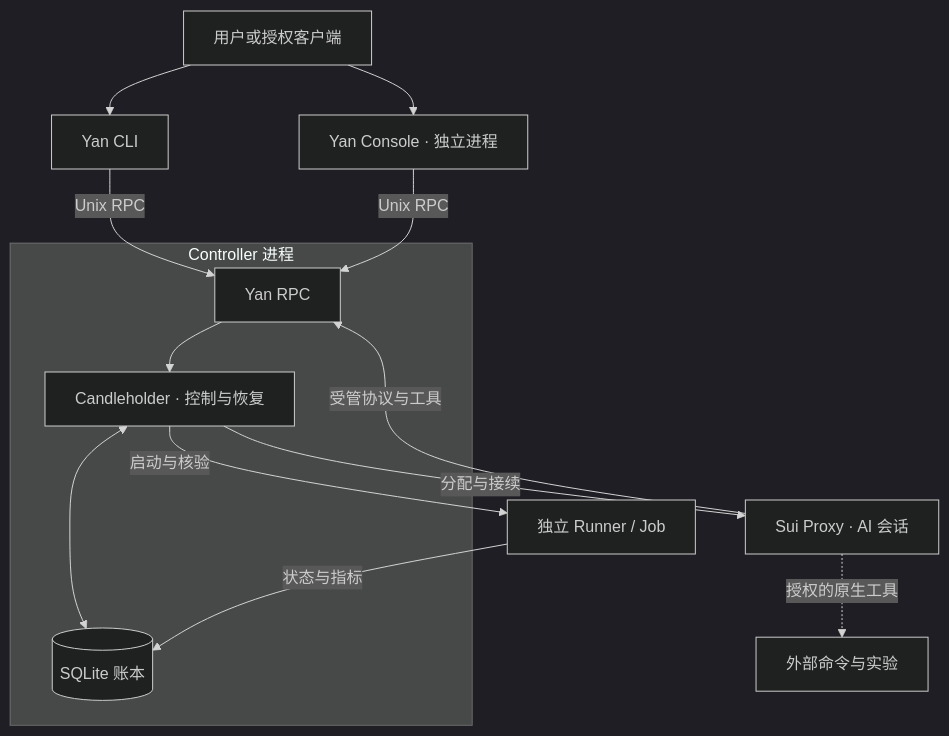
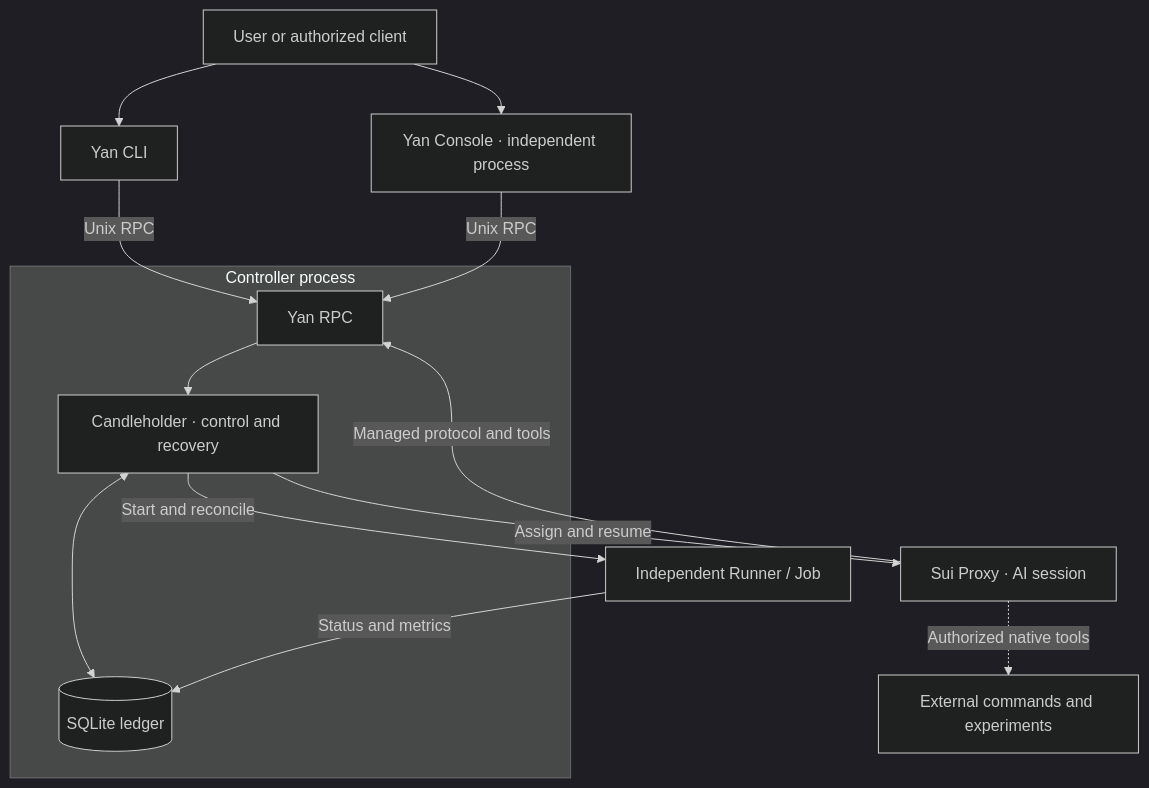
Before and after one commit to RabbitEG/sui_regulator: the diagram in README.md, drawn with Mermaid (dark theme). The commit also changed other lines of this file and 5 other files, not shown here.

````diff
--- a/README.md
+++ b/README.md
@@ -30,16 +32,16 @@
 ```mermaid
 flowchart TD
-    User[用户或授权客户端] --> CLI[Yan CLI]
-    User --> Web[Yan Console · 独立进程]
+    User[User or authorized client] --> CLI[Yan CLI]
+    User --> Web[Yan Console · independent process]
     CLI -->|Unix RPC| API
     Web -->|Unix RPC| API
-    subgraph Control[Controller 进程]
-        API[Yan RPC] --> C[Candleholder · 控制与恢复]
-        C <--> DB[(SQLite 账本)]
+    subgraph Control[Controller process]
+        API[Yan RPC] --> C[Candleholder · control and recovery]
+        C <--> DB[(SQLite ledger)]
     end
-    C -->|分配与接续| Proxy[Sui Proxy · AI 会话]
-    Proxy -->|受管协议与工具| API
-    C -->|启动与核验| Job[独立 Runner / Job]
-    Job -->|状态与指标| DB
-    Proxy -.->|授权的原生工具| External[外部命令与实验]
+    C -->|Assign and resume| Proxy[Sui Proxy · AI session]
+    Proxy -->|Managed protocol and tools| API
+    C -->|Start and reconcile| Job[Independent Runner / Job]
+    Job -->|Status and metrics| DB
+    Proxy -.->|Authorized native tools| External[External commands and experiments]
 ```
````
